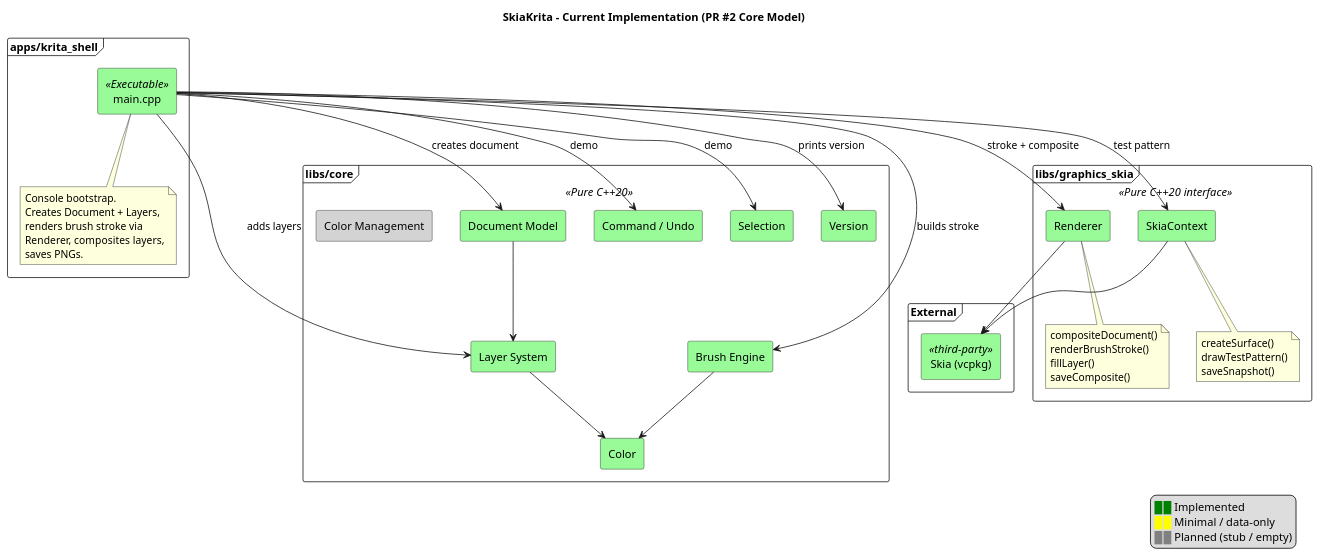
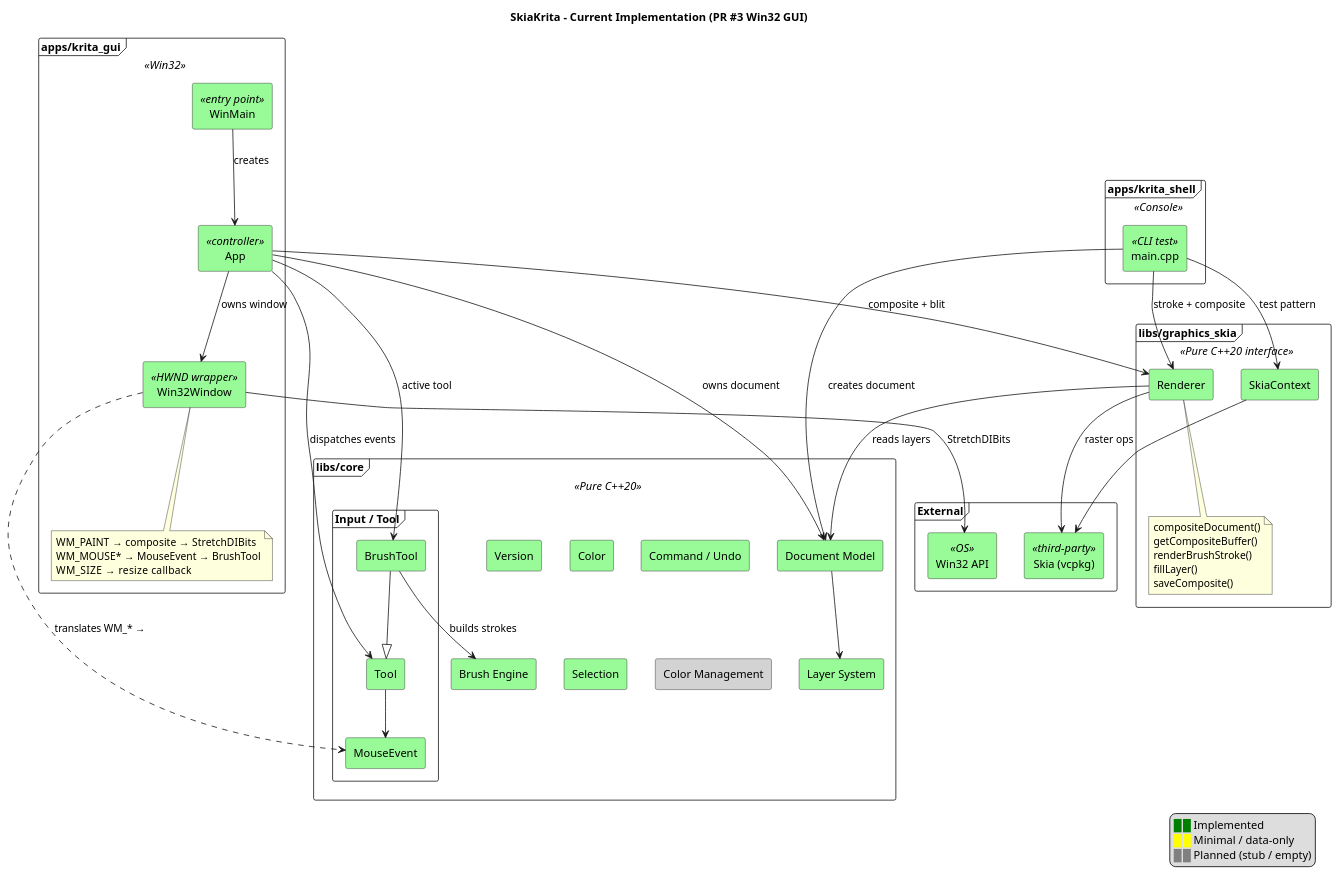
One commit to bandi-shoo/SkiaKrita changed the diagram in docs/uml/progress/current.puml. Above: the diagram before and after it, drawn with PlantUML. The commit also changed 15 other files, not shown here.

```diff
--- a/docs/uml/progress/current.puml
+++ b/docs/uml/progress/current.puml
@@ -1,73 +1,90 @@
 @startuml SkiaKrita Current Progress
 
-title SkiaKrita – Current Implementation (PR #2 Core Model)
+title SkiaKrita – Current Implementation (PR #3 Win32 GUI)
 skinparam componentStyle rectangle
 skinparam packageStyle frame
 
 legend right
   <color:green>██</color> Implemented
   <color:yellow>██</color> Minimal / data-only
   <color:gray>██</color> Planned (stub / empty)
 endlegend
 
-package "apps/krita_shell" {
-    [main.cpp] <<Executable>> #PaleGreen
-    note bottom of [main.cpp]
-      Console bootstrap.
-      Creates Document + Layers,
-      renders brush stroke via
-      Renderer, composites layers,
-      saves PNGs.
+package "apps/krita_gui" <<Win32>> {
+    [WinMain]      <<entry point>>   #PaleGreen
+    [App]          <<controller>>    #PaleGreen
+    [Win32Window]  <<HWND wrapper>>  #PaleGreen
+    note bottom of [Win32Window]
+      WM_PAINT   → composite → StretchDIBits
+      WM_MOUSE*  → MouseEvent → BrushTool
+      WM_SIZE    → resize callback
     end note
+}
+
+package "apps/krita_shell" <<Console>> {
+    [main.cpp] <<CLI test>> #PaleGreen
 }
 
 package "libs/core" <<Pure C++20>> {
     [Version]          #PaleGreen
     [Color]            #PaleGreen
     [Document Model]   #PaleGreen
     [Layer System]     #PaleGreen
     [Brush Engine]     #PaleGreen
     [Command / Undo]   #PaleGreen
     [Selection]        #PaleGreen
     [Color Management] #LightGray
+
+    package "Input / Tool" {
+        [MouseEvent]  #PaleGreen
+        [Tool]        #PaleGreen
+        [BrushTool]   #PaleGreen
+    }
 }
 
 package "libs/graphics_skia" <<Pure C++20 interface>> {
     [SkiaContext] #PaleGreen
-    note bottom of [SkiaContext]
-      createSurface()
-      drawTestPattern()
-      saveSnapshot()
-    end note
-
     [Renderer]   #PaleGreen
     note bottom of [Renderer]
       compositeDocument()
+      getCompositeBuffer()
       renderBrushStroke()
       fillLayer()
       saveComposite()
     end note
 }
 
 package "External" {
     [Skia (vcpkg)] <<third-party>> #PaleGreen
+    [Win32 API]    <<OS>>          #PaleGreen
 }
 
-' ── relationships ──
-[main.cpp] --> [Version]        : prints version
-[main.cpp] --> [Document Model] : creates document
-[main.cpp] --> [Layer System]   : adds layers
-[main.cpp] --> [Brush Engine]   : builds stroke
-[main.cpp] --> [Command / Undo] : demo
-[main.cpp] --> [Selection]      : demo
-[main.cpp] --> [SkiaContext]    : test pattern
-[main.cpp] --> [Renderer]       : stroke + composite
+' ── GUI wiring ──
+[WinMain]      --> [App]            : creates
+[App]          --> [Win32Window]    : owns window
+[App]          --> [Document Model] : owns document
+[App]          --> [BrushTool]      : active tool
+[App]          --> [Renderer]       : composite + blit
 
+' ── Event flow ──
+[Win32Window]  ..> [MouseEvent]     : translates WM_* →
+[App]          --> [Tool]           : dispatches events
+
+' ── CLI shell ──
+[main.cpp]     --> [Document Model] : creates document
+[main.cpp]     --> [SkiaContext]    : test pattern
+[main.cpp]     --> [Renderer]       : stroke + composite
+
+' ── Rendering pipeline ──
+[BrushTool]    --> [Brush Engine]   : builds strokes
+[Renderer]     --> [Document Model] : reads layers
+[Renderer]     --> [Skia (vcpkg)]   : raster ops
+[SkiaContext]  --> [Skia (vcpkg)]
+[Win32Window]  --> [Win32 API]      : StretchDIBits
+
+' ── Core relationships ──
 [Document Model] --> [Layer System]
-[Brush Engine]   --> [Color]
-[Layer System]   --> [Color]
-
-[Renderer]    --> [Skia (vcpkg)]
-[SkiaContext]  --> [Skia (vcpkg)]
+[BrushTool]      --|> [Tool]
+[Tool]           --> [MouseEvent]
 
 @enduml
```
